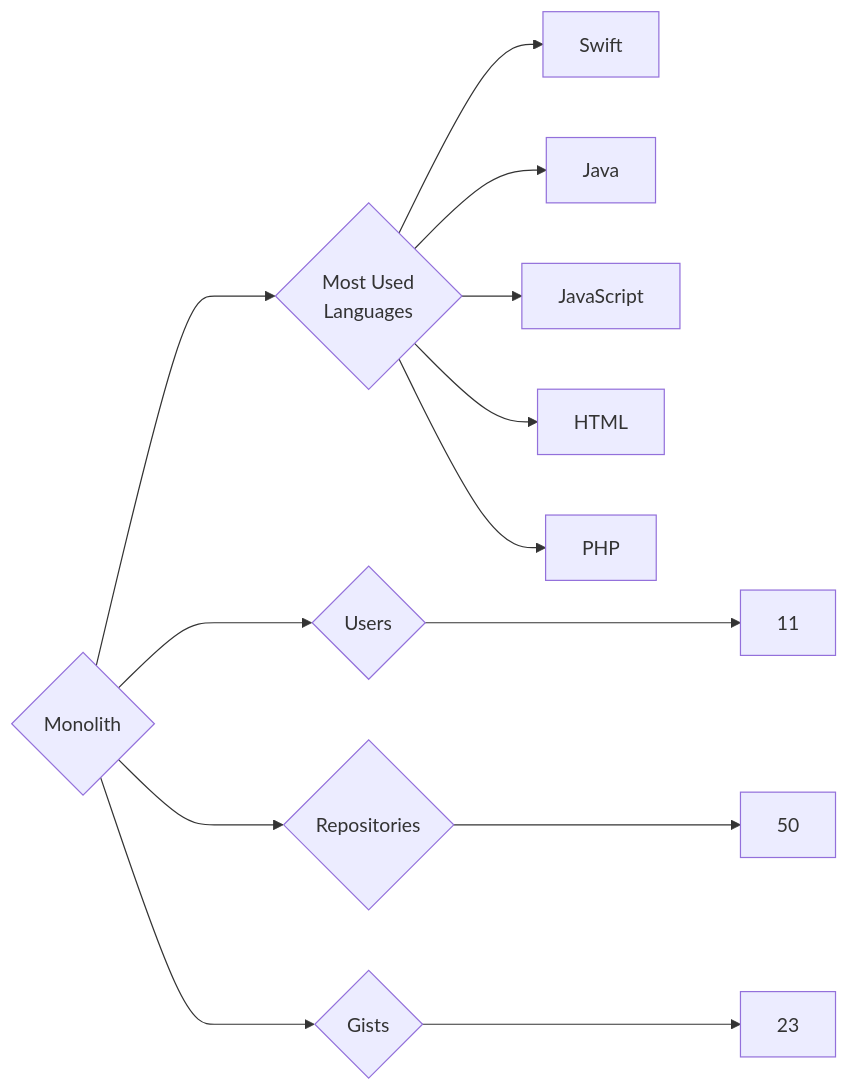
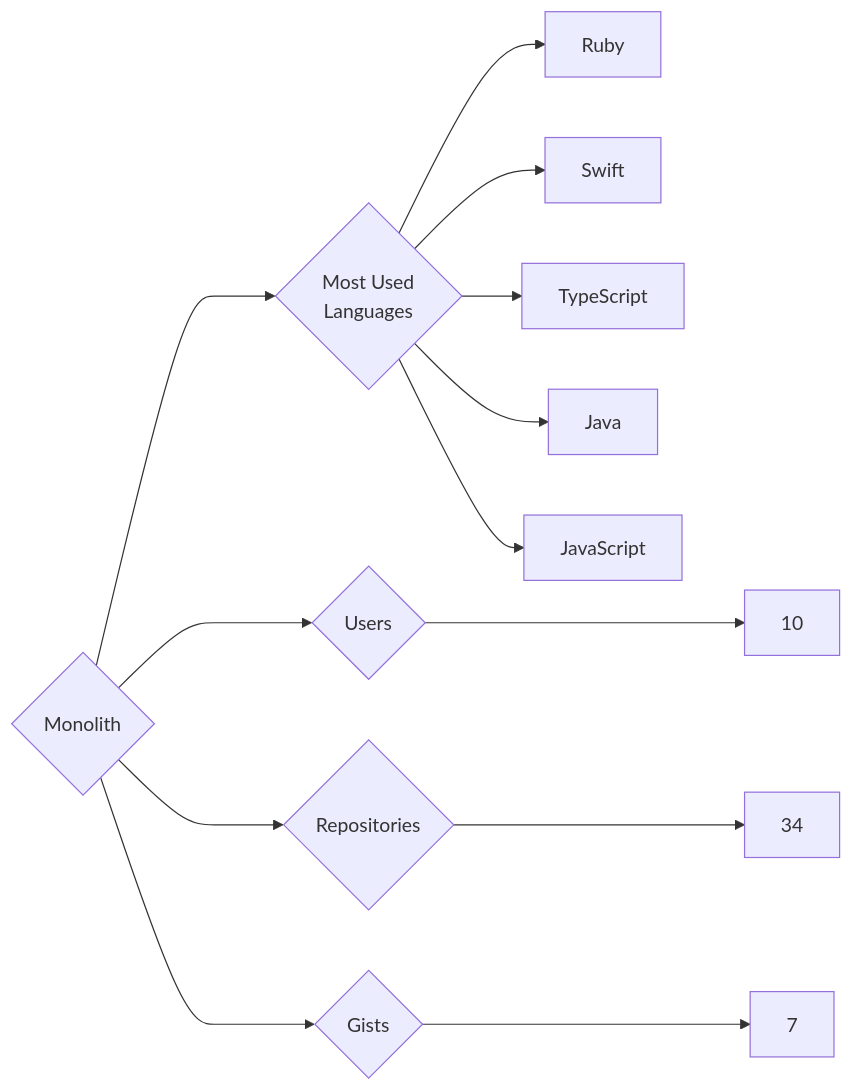
The diagram in targets/Monolith/README.md (trickest/insiders), drawn with Mermaid before and after one commit. The commit also changed 964 other files, not shown here.

````diff
--- a/targets/Monolith/README.md
+++ b/targets/Monolith/README.md
@@ -3,13 +3,13 @@
 ```mermaid
 graph LR
 COMPANY_NAME{Monolith}
-COMPANY_NAME ---> U{Users} ---> UN[11]
-COMPANY_NAME ---> R{Repositories} ---> RN[50]
-COMPANY_NAME ---> G{Gists} ---> GN[23]
+COMPANY_NAME ---> U{Users} ---> UN[10]
+COMPANY_NAME ---> R{Repositories} ---> RN[34]
+COMPANY_NAME ---> G{Gists} ---> GN[7]
 COMPANY_NAME ---> ML{Most Used<br>Languages}
+ML --> Ruby[Ruby]
 ML --> Swift[Swift]
+ML --> TypeScript[TypeScript]
 ML --> Java[Java]
 ML --> JavaScript[JavaScript]
-ML --> HTML[HTML]
-ML --> PHP[PHP]
 ```
````
